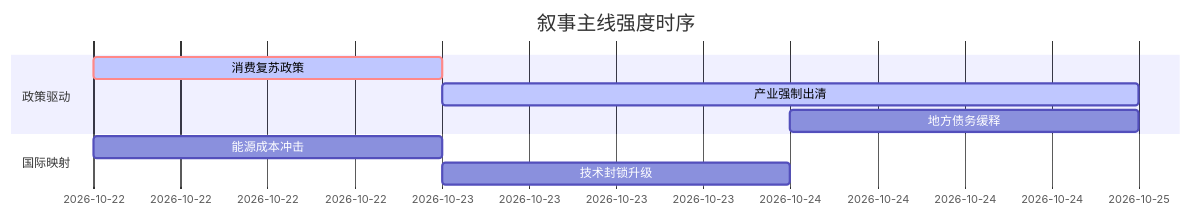
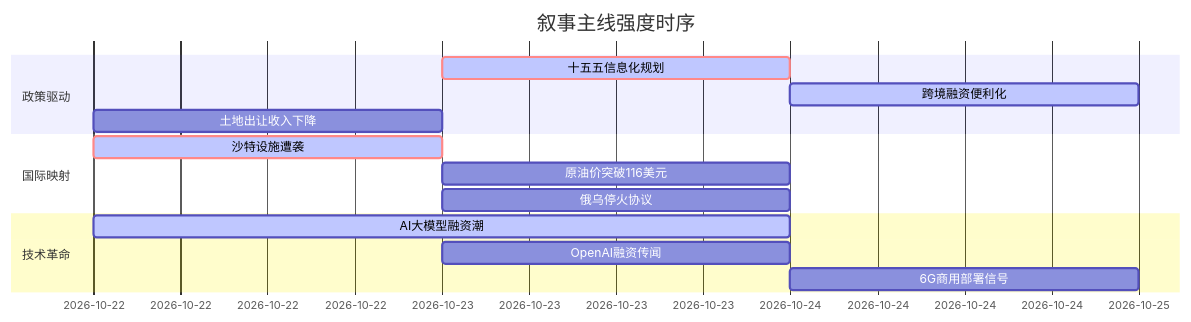
The diagram in 5day_report.md (uu5zn/uu5zn.github.io), drawn with Mermaid before and after one commit. The commit also changed other lines of this file and 4 other files, not shown here.

````diff
--- a/5day_report.md
+++ b/5day_report.md
@@ -47,13 +56,19 @@
 ```mermaid
 gantt
     title 叙事主线强度时序
     dateFormat  YYYY-MM-DD
     section 政策驱动
-    消费复苏政策   :crit, active, 2026-10-22, 1d
-    产业强制出清   :active, 2026-10-23, 2d
-    地方债务缓释   :2026-10-24, 1d
-    
+    十五五信息化规划   :crit, active, 2026-10-23, 1d
+    跨境融资便利化     :active, 2026-10-24, 1d
+    土地出让收入下降   :2026-10-22, 1d
+
     section 国际映射
-    能源成本冲击   :2026-10-22, 1d
-    技术封锁升级   :2026-10-23, 1d
+    沙特设施遭袭       :crit, active, 2026-10-22, 1d
+    原油价突破116美元  :2026-10-23, 1d
+    俄乌停火协议       :2026-10-23, 1d
+
+    section 技术革命
+    AI大模型融资潮    :active, 2026-10-22, 2d
+    OpenAI融资传闻    :2026-10-23, 1d
+    6G商用部署信号    :2026-10-24, 1d
 ```
````
